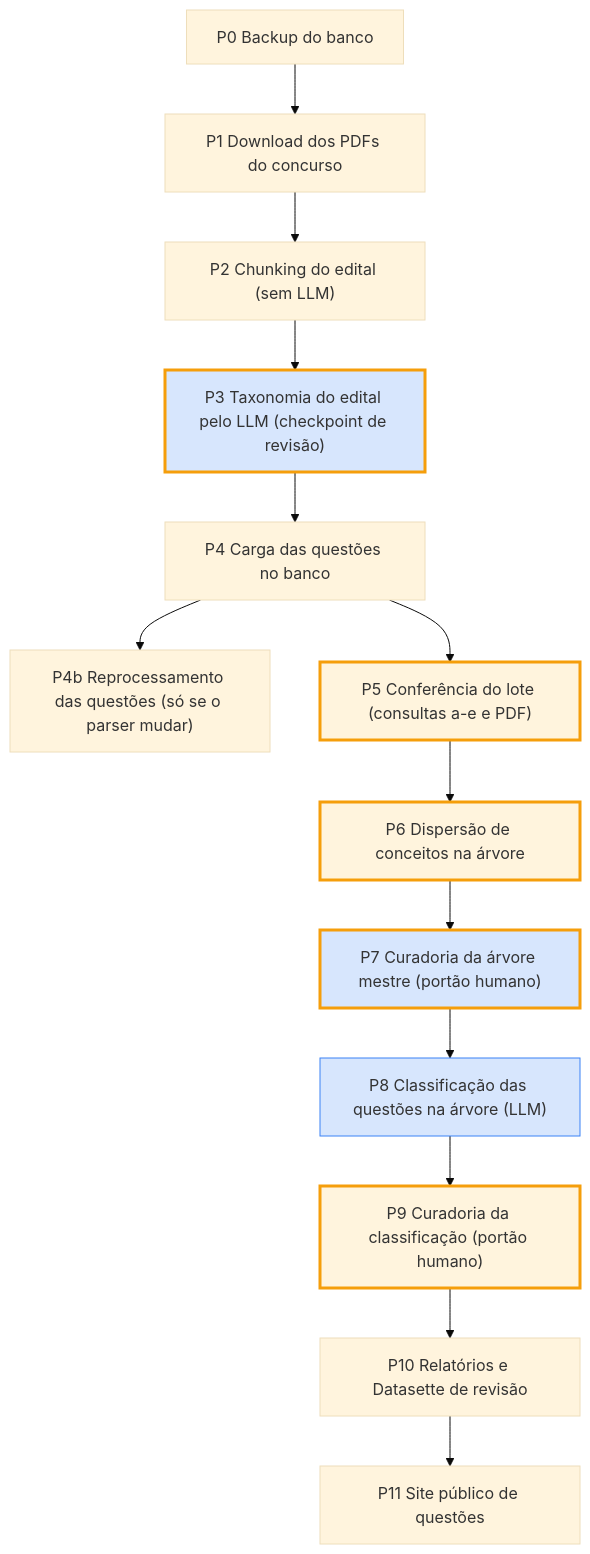
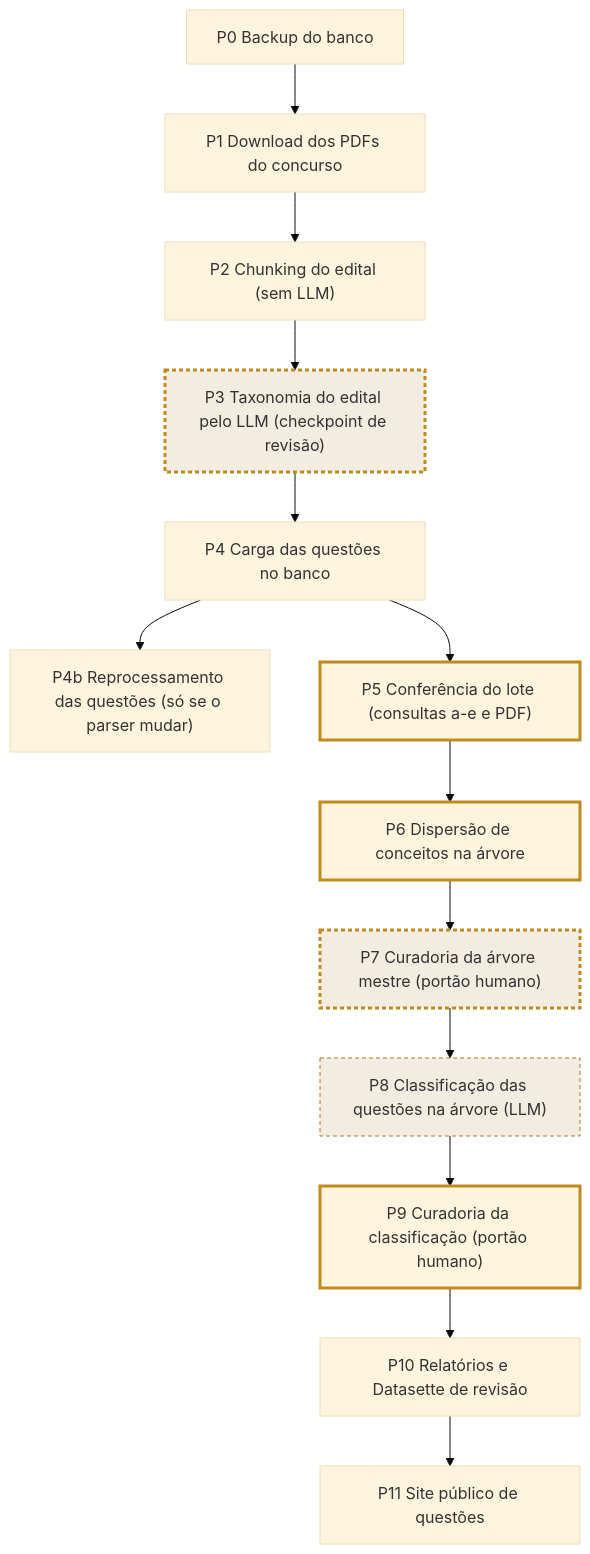
One commit to athosroque/scraper-cebraspe changed the diagram in docs/tecnico/pipeline.md. Above: the diagram before and after it, drawn with Mermaid (base theme). The commit also changed 14 other files, not shown here.

````diff
--- a/docs/tecnico/pipeline.md
+++ b/docs/tecnico/pipeline.md
@@ -9,32 +9,32 @@
 ```mermaid
 flowchart TD
     P0["P0 Backup do banco"]
     P1["P1 Download dos PDFs do concurso"]
     P2["P2 Chunking do edital (sem LLM)"]
     P3["P3 Taxonomia do edital pelo LLM (checkpoint de revisão)"]
     P4["P4 Carga das questões no banco"]
     P4b["P4b Reprocessamento das questões (só se o parser mudar)"]
     P5["P5 Conferência do lote (consultas a-e e PDF)"]
     P6["P6 Dispersão de conceitos na árvore"]
     P7["P7 Curadoria da árvore mestre (portão humano)"]
     P8["P8 Classificação das questões na árvore (LLM)"]
     P9["P9 Curadoria da classificação (portão humano)"]
     P10["P10 Relatórios e Datasette de revisão"]
     P11["P11 Site público de questões"]
     P0 --> P1
     P1 --> P2
     P2 --> P3
     P3 --> P4
     P4 --> P4b
     P4 --> P5
     P5 --> P6
     P6 --> P7
     P7 --> P8
     P8 --> P9
     P9 --> P10
     P10 --> P11
-    classDef llm fill:#3b82f633,stroke:#3b82f6
-    classDef portao stroke:#f59e0b,stroke-width:3px
+    classDef llm fill:#92670a1f,stroke:#a97c1a,stroke-dasharray:4 3
+    classDef portao stroke:#c08a1e,stroke-width:3px
     class P3,P7,P8 llm
     class P3,P5,P6,P7,P9 portao
 ```
````
